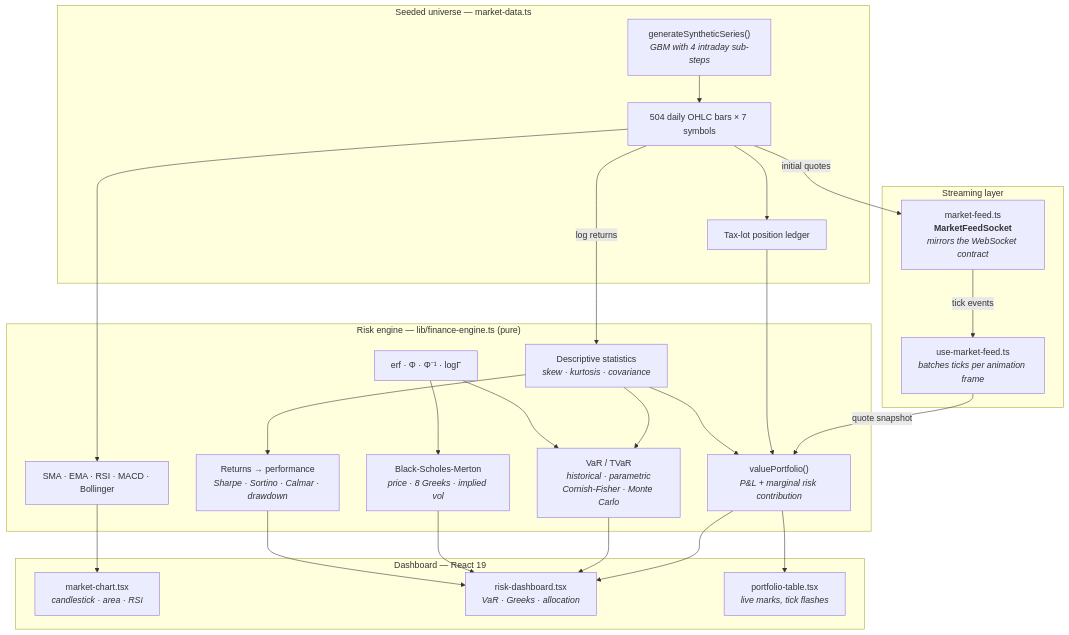
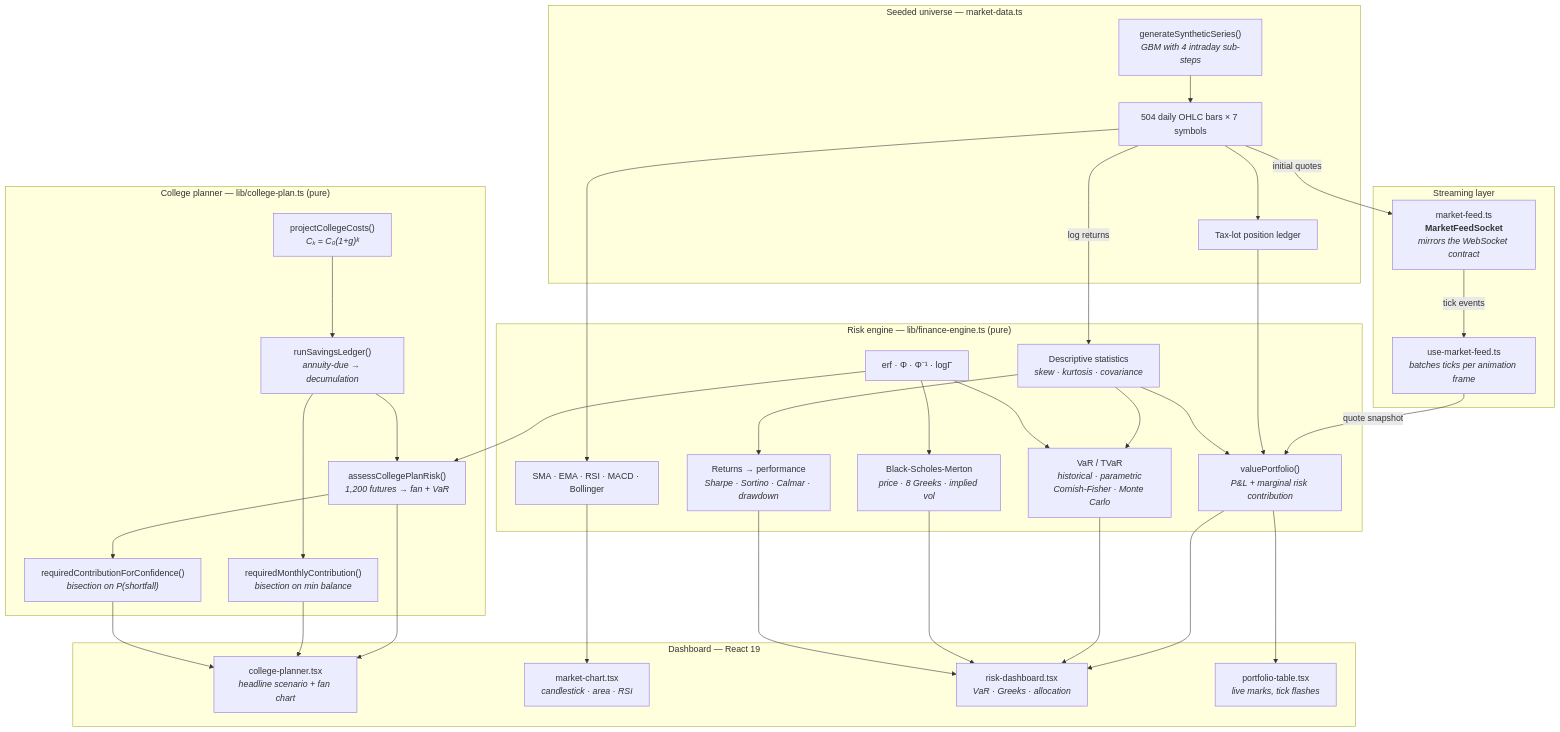
Before and after one commit to dung037517-netizen/finhub-tracker: the first of 2 diagrams in README.md, drawn with Mermaid. The commit also changed other lines of this file and 8 other files, not shown here.

````diff
--- a/README.md
+++ b/README.md
@@ -44,51 +99,68 @@
 ```mermaid
 flowchart TB
     subgraph FEED["Streaming layer"]
         MFS["market-feed.ts<br/><b>MarketFeedSocket</b><br/><i>mirrors the WebSocket contract</i>"]
         HOOK["use-market-feed.ts<br/><i>batches ticks per animation frame</i>"]
     end
 
     subgraph DATA["Seeded universe — market-data.ts"]
         GEN["generateSyntheticSeries()<br/><i>GBM with 4 intraday sub-steps</i>"]
         HIST["504 daily OHLC bars × 7 symbols"]
         POS["Tax-lot position ledger"]
     end
 
+    subgraph PLAN["College planner — lib/college-plan.ts (pure)"]
+        COST["projectCollegeCosts()<br/><i>Cₖ = C₀(1+g)ᵏ</i>"]
+        LEDG["runSavingsLedger()<br/><i>annuity-due → decumulation</i>"]
+        SOLVE["requiredMonthlyContribution()<br/><i>bisection on min balance</i>"]
+        CONF["requiredContributionForConfidence()<br/><i>bisection on P(shortfall)</i>"]
+        MCP["assessCollegePlanRisk()<br/><i>1,200 futures → fan + VaR</i>"]
+    end
+
     subgraph ENGINE["Risk engine — lib/finance-engine.ts (pure)"]
         STAT["Descriptive statistics<br/><i>skew · kurtosis · covariance</i>"]
         SPEC["erf · Φ · Φ⁻¹ · logΓ"]
         RET["Returns → performance<br/><i>Sharpe · Sortino · Calmar · drawdown</i>"]
         VAR["VaR / TVaR<br/><i>historical · parametric<br/>Cornish-Fisher · Monte Carlo</i>"]
         BS["Black-Scholes-Merton<br/><i>price · 8 Greeks · implied vol</i>"]
         TA["SMA · EMA · RSI · MACD · Bollinger"]
         PORT["valuePortfolio()<br/><i>P&L + marginal risk contribution</i>"]
     end
 
     subgraph VIEW["Dashboard — React 19"]
+        CP["college-planner.tsx<br/><i>headline scenario + fan chart</i>"]
         MC["market-chart.tsx<br/><i>candlestick · area · RSI</i>"]
         RD["risk-dashboard.tsx<br/><i>VaR · Greeks · allocation</i>"]
         PT["portfolio-table.tsx<br/><i>live marks, tick flashes</i>"]
     end
 
     GEN --> HIST
     HIST --> POS
     HIST -->|"initial quotes"| MFS
     MFS -->|"tick events"| HOOK
     HOOK -->|"quote snapshot"| PORT
     POS --> PORT
 
     HIST --> TA
     HIST -->|"log returns"| STAT
     STAT --> RET
     STAT --> VAR
     SPEC --> VAR
     SPEC --> BS
     STAT --> PORT
 
+    COST --> LEDG --> SOLVE
+    LEDG --> MCP
+    MCP --> CONF
+    SPEC --> MCP
+    MCP --> CP
+    SOLVE --> CP
+    CONF --> CP
+
     TA --> MC
     PORT --> PT
     PORT --> RD
     VAR --> RD
     BS --> RD
     RET --> RD
 ```
````
